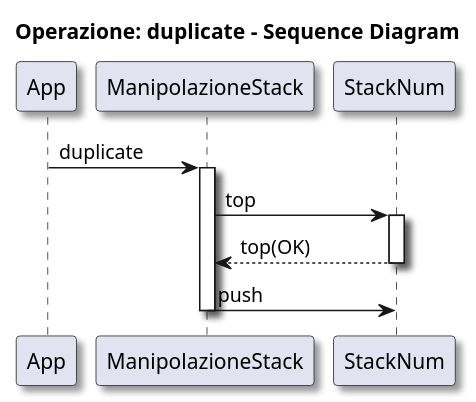
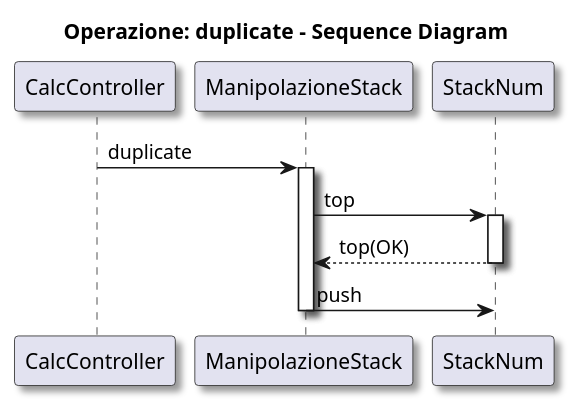
One commit to LuciaNancyLavista/Gruppo06_software_eng_L.I.V.P changed the diagram in CalcolatriceProgrammabile/Diagrams/Sequence Diagrams/SequenceStackHandling.puml. Above: the diagram before and after it, drawn with PlantUML. The commit also changed 3 other files, not shown here.

First line of the commit message:
Name mistake Seq Diagram

```diff
--- a/CalcolatriceProgrammabile/Diagrams/Sequence Diagrams/SequenceStackHandling.puml
+++ b/CalcolatriceProgrammabile/Diagrams/Sequence Diagrams/SequenceStackHandling.puml
@@ -1,16 +1,16 @@
 @startuml 
 
 skinparam Shadowing true
 
 title Operazione: duplicate - Sequence Diagram
 
-App -> ManipolazioneStack: duplicate
+CalcController -> ManipolazioneStack: duplicate
 activate ManipolazioneStack
 ManipolazioneStack -> StackNum: top
 activate StackNum
 StackNum --> ManipolazioneStack: top(OK)
 deactivate StackNum
 ManipolazioneStack -> StackNum : push
 deactivate ManipolazioneStack
 '!include ../../plantuml-styles/ae-copyright-footer.txt
 @endumlperazione
```
